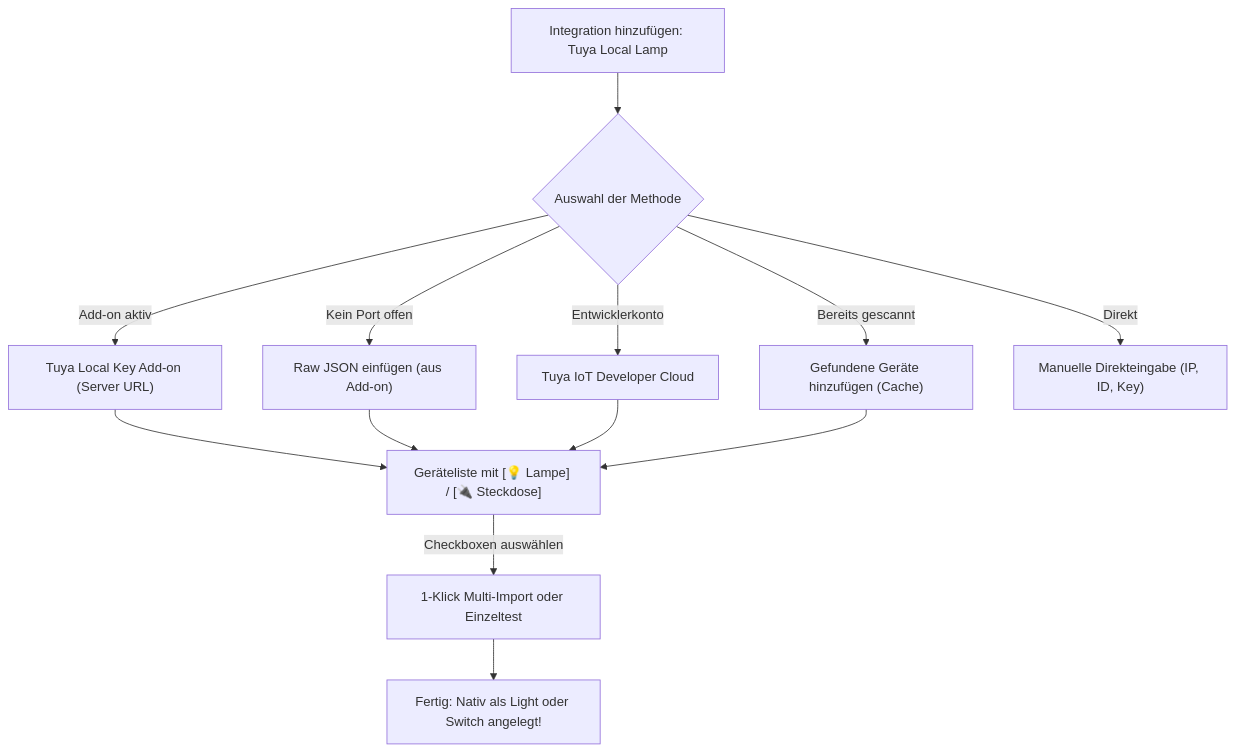
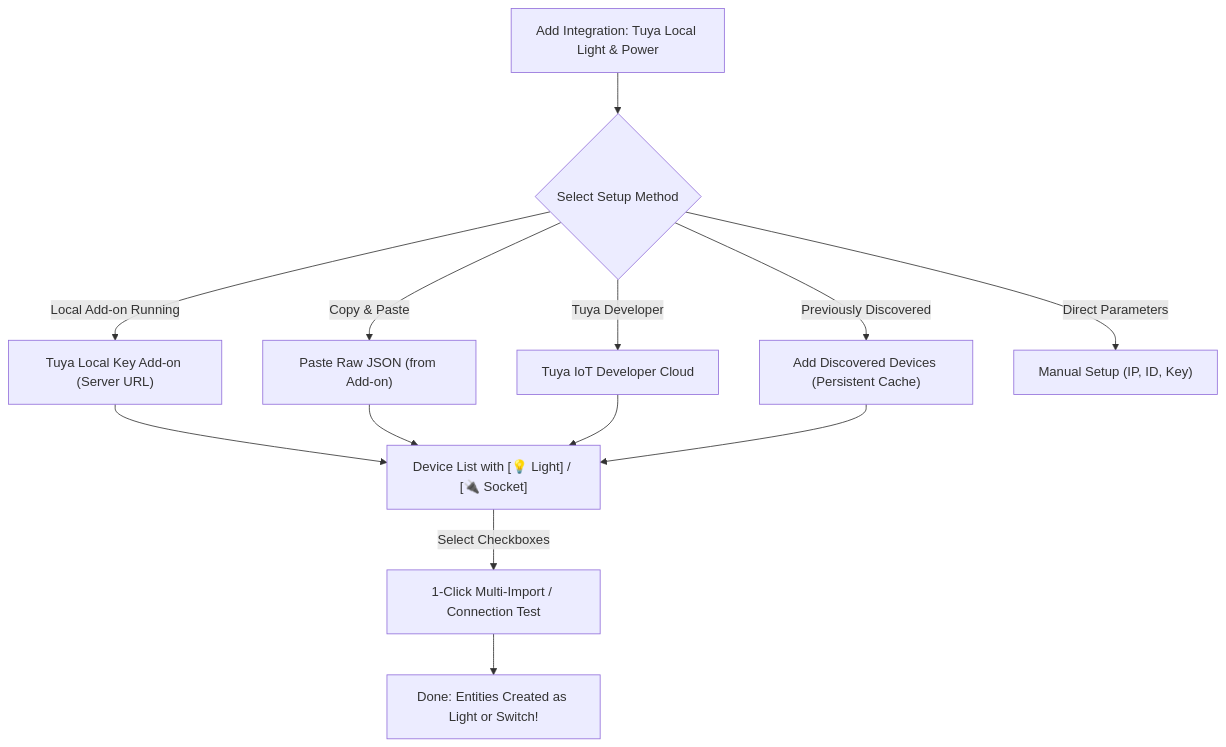
One commit to kahel-soft/tuya-lamp-local changed the diagram in README.md. Above: the diagram before and after it, drawn with Mermaid. The commit also changed other lines of this file and 10 other files, not shown here.

Commit message:
feat: rename plugin to 'Tuya Local Light & Power', add bilingual README & root brand assets

````diff
--- a/README.md
+++ b/README.md
@@ -70,17 +73,17 @@
 ```mermaid
 flowchart TD
-    Start["Integration hinzufügen: Tuya Local Lamp"] --> Choice{"Auswahl der Methode"}
-    Choice -->|"Bereits gescannt"| Cached["Gefundene Geräte hinzufügen (Cache)"]
-    Choice -->|"Add-on aktiv"| Server["Tuya Local Key Add-on (Server URL)"]
-    Choice -->|"Kein Port offen"| JSON["Raw JSON einfügen (aus Add-on)"]
-    Choice -->|"Entwicklerkonto"| Cloud["Tuya IoT Developer Cloud"]
-    Choice -->|"Direkt"| Manual["Manuelle Direkteingabe (IP, ID, Key)"]
+    Start["Add Integration: Tuya Local Light & Power"] --> Choice{"Select Setup Method"}
+    Choice -->|"Previously Discovered"| Cached["Add Discovered Devices (Persistent Cache)"]
+    Choice -->|"Local Add-on Running"| Server["Tuya Local Key Add-on (Server URL)"]
+    Choice -->|"Copy & Paste"| JSON["Paste Raw JSON (from Add-on)"]
+    Choice -->|"Tuya Developer"| Cloud["Tuya IoT Developer Cloud"]
+    Choice -->|"Direct Parameters"| Manual["Manual Setup (IP, ID, Key)"]
 
-    Server --> Multi["Geräteliste mit [💡 Lampe] / [🔌 Steckdose]"]
+    Server --> Multi["Device List with [💡 Light] / [🔌 Socket]"]
     JSON --> Multi
     Cloud --> Multi
     Cached --> Multi
 
-    Multi -->|Checkboxen auswählen| Import["1-Klick Multi-Import oder Einzeltest"]
-    Import --> Ready["Fertig: Nativ als Light oder Switch angelegt!"]
+    Multi -->|Select Checkboxes| Import["1-Click Multi-Import / Connection Test"]
+    Import --> Ready["Done: Entities Created as Light or Switch!"]
 ```
````
